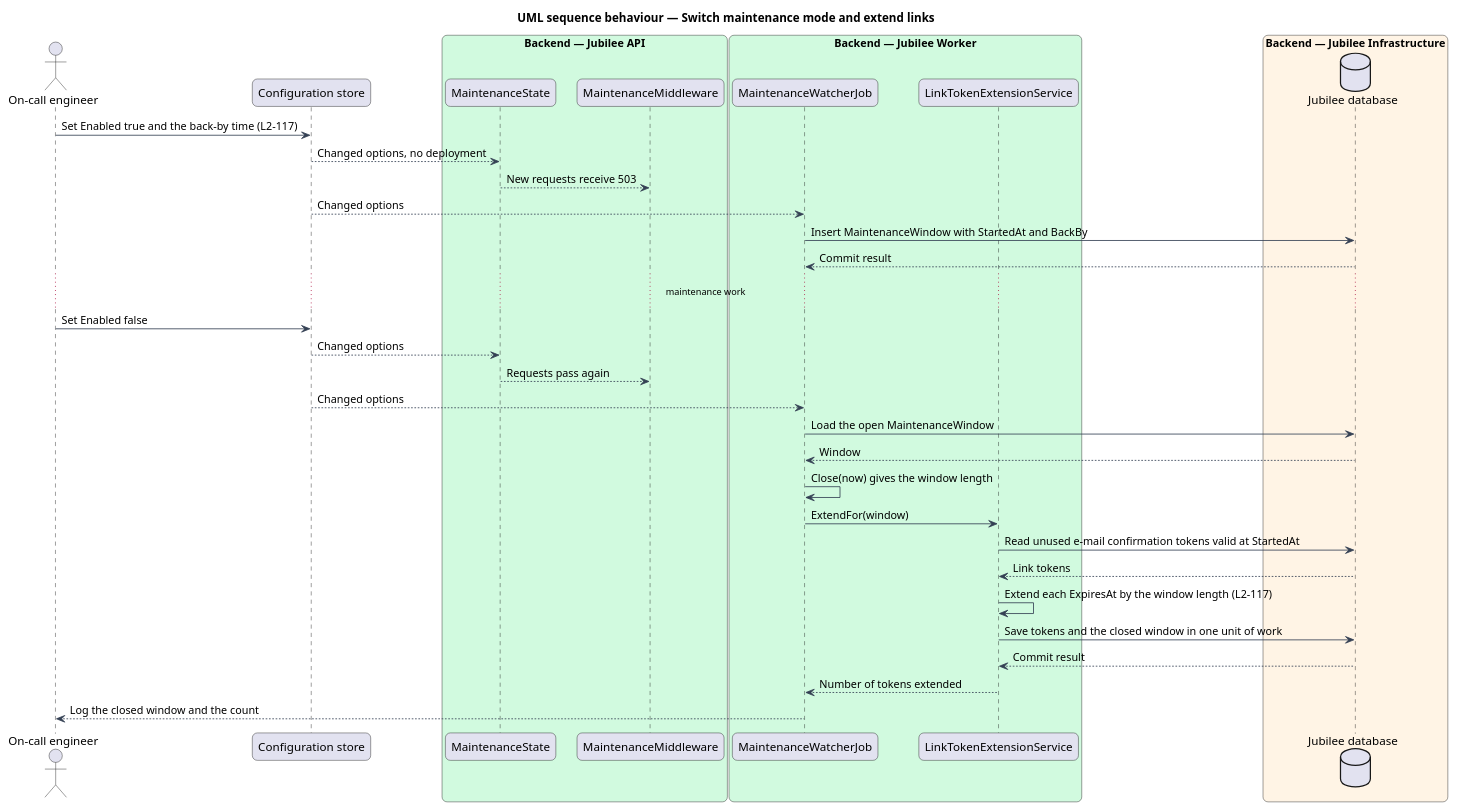
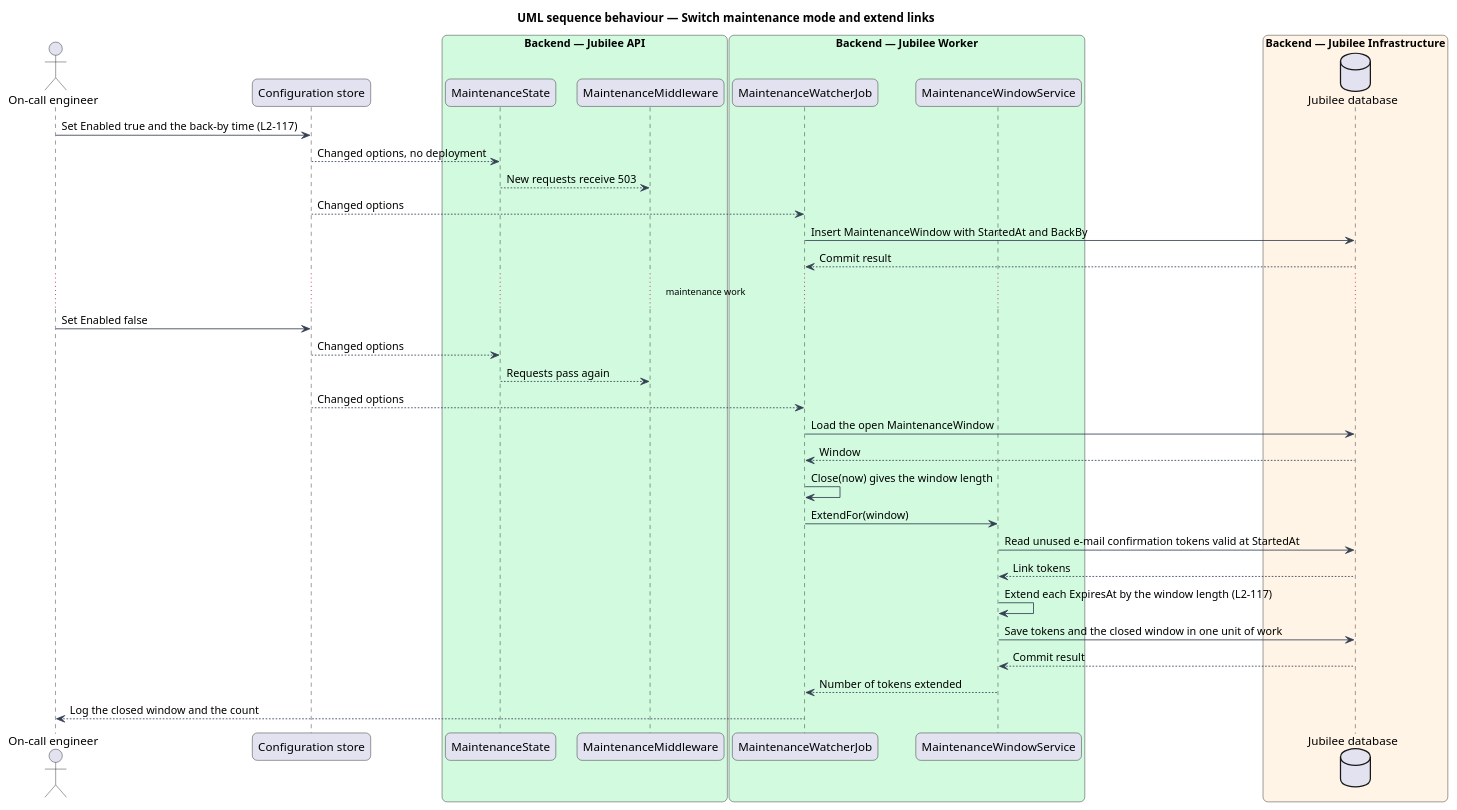
Before and after one commit to QuinntyneBrown/jubilee: the diagram in docs/detailed-designs/system-pages/run-maintenance-mode/diagrams/sequence-switch-and-extend-links.puml, drawn with PlantUML. The commit also changed 23 other files, not shown here.

```diff
--- a/docs/detailed-designs/system-pages/run-maintenance-mode/diagrams/sequence-switch-and-extend-links.puml
+++ b/docs/detailed-designs/system-pages/run-maintenance-mode/diagrams/sequence-switch-and-extend-links.puml
@@ -1,52 +1,52 @@
 @startuml
 title UML sequence behaviour — Switch maintenance mode and extend links
 skinparam backgroundColor #FFFFFF
 skinparam shadowing false
 skinparam roundcorner 12
 skinparam defaultFontName Arial
 skinparam ArrowColor #344054
 skinparam rectangle {
   BorderColor #344054
   FontColor #101828
 }
 skinparam package {
   BorderColor #667085
   FontColor #101828
   BackgroundColor #F9FAFB
 }
 actor "On-call engineer" as actor
 participant "Configuration store" as config
 box "Backend — Jubilee API" #D1FADF
   participant "MaintenanceState" as state
   participant "MaintenanceMiddleware" as mw
 end box
 box "Backend — Jubilee Worker" #D1FADF
   participant "MaintenanceWatcherJob" as watcher
-  participant "LinkTokenExtensionService" as ext
+  participant "MaintenanceWindowService" as ext
 end box
 box "Backend — Jubilee Infrastructure" #FFF4E5
   database "Jubilee database" as db
 end box
 actor -> config : Set Enabled true and the back-by time (L2-117)
 config --> state : Changed options, no deployment
 state --> mw : New requests receive 503
 config --> watcher : Changed options
 watcher -> db : Insert MaintenanceWindow with StartedAt and BackBy
 db --> watcher : Commit result
 ... maintenance work ...
 actor -> config : Set Enabled false
 config --> state : Changed options
 state --> mw : Requests pass again
 config --> watcher : Changed options
 watcher -> db : Load the open MaintenanceWindow
 db --> watcher : Window
 watcher -> watcher : Close(now) gives the window length
 watcher -> ext : ExtendFor(window)
 ext -> db : Read unused e-mail confirmation tokens valid at StartedAt
 db --> ext : Link tokens
 ext -> ext : Extend each ExpiresAt by the window length (L2-117)
 ext -> db : Save tokens and the closed window in one unit of work
 db --> ext : Commit result
 ext --> watcher : Number of tokens extended
 watcher --> actor : Log the closed window and the count
 @enduml
```
